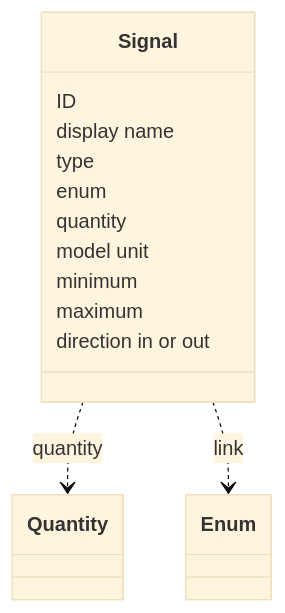
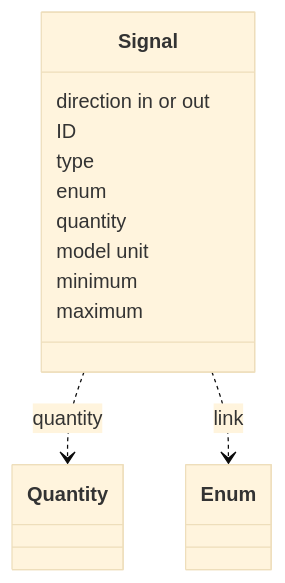
Before and after one commit to AlexandreGallais/synoptic-studio-spec: the first of 2 diagrams in metadata/04-signals.md, drawn with Mermaid (base theme). The commit also changed other lines of this file and 11 other files, not shown here.

````diff
--- a/metadata/04-signals.md
+++ b/metadata/04-signals.md
@@ -36,18 +36,17 @@
 ```mermaid
 classDiagram
     class Signal {
+        direction in or out
         ID
-        display name
         type
         enum
         quantity
         model unit
         minimum
         maximum
-        direction in or out
     }
     class Quantity
     class Enum
     Signal ..> Quantity : quantity
     Signal ..> Enum : link
 ```
````
